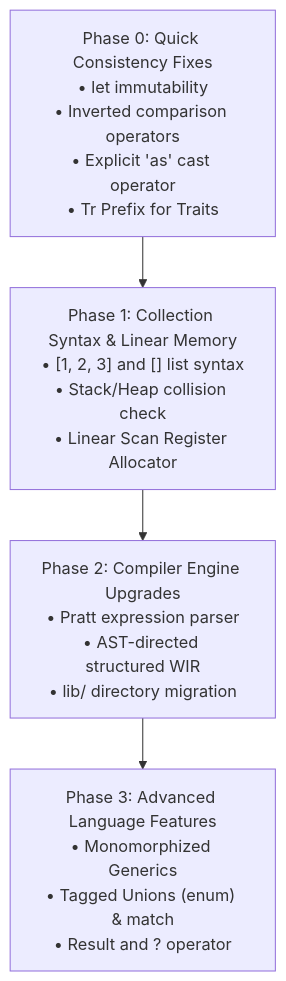
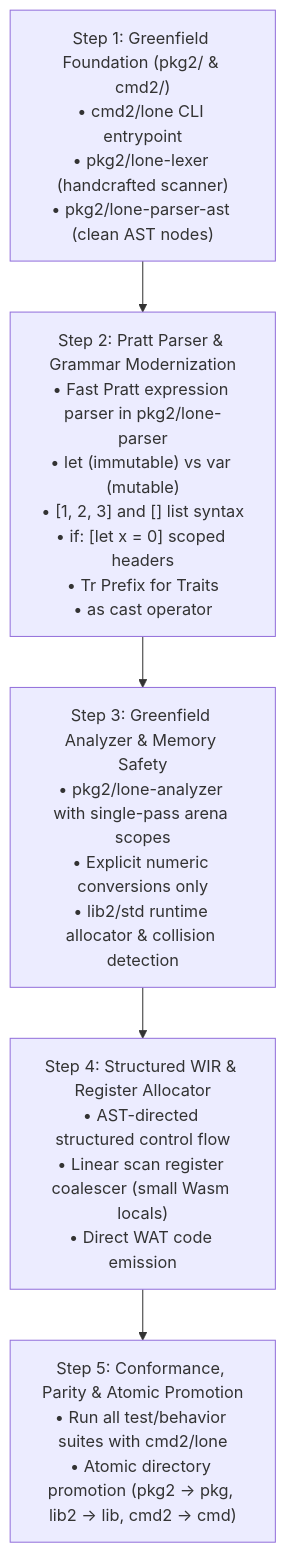
Before and after one commit to nylun-lang/lone: the diagram in drafts/research/rfc_language_refinements_and_compiler_architecture.md, drawn with Mermaid. The commit also changed other lines of this file and 1 other file, not shown here.

Commit message:
[Ai-assisted] docs(rfc): add scoped condition headers and greenfield pkg2/lib2/cmd2 layout

````diff
--- a/drafts/research/rfc_language_refinements_and_compiler_architecture.md
+++ b/drafts/research/rfc_language_refinements_and_compiler_architecture.md
@@ -530,9 +675,10 @@
 ```mermaid
 flowchart TD
-    P0["Phase 0: Quick Consistency Fixes<br/>• let immutability<br/>• Inverted comparison operators<br/>• Explicit 'as' cast operator<br/>• Tr Prefix for Traits"]
-    P1["Phase 1: Collection Syntax & Linear Memory<br/>• [1, 2, 3] and [] list syntax<br/>• Stack/Heap collision check<br/>• Linear Scan Register Allocator"]
-    P2["Phase 2: Compiler Engine Upgrades<br/>• Pratt expression parser<br/>• AST-directed structured WIR<br/>• lib/ directory migration"]
-    P3["Phase 3: Advanced Language Features<br/>• Monomorphized Generics<br/>• Tagged Unions (enum) & match<br/>• Result<T, E> and ? operator"]
+    G0["Step 1: Greenfield Foundation (pkg2/ & cmd2/)<br/>• cmd2/lone CLI entrypoint<br/>• pkg2/lone-lexer (handcrafted scanner)<br/>• pkg2/lone-parser-ast (clean AST nodes)"]
+    G1["Step 2: Pratt Parser & Grammar Modernization<br/>• Fast Pratt expression parser in pkg2/lone-parser<br/>• let (immutable) vs var (mutable)<br/>• [1, 2, 3] and [] list syntax<br/>• if: [let x = 0] scoped headers<br/>• Tr Prefix for Traits<br/>• as cast operator"]
+    G2["Step 3: Greenfield Analyzer & Memory Safety<br/>• pkg2/lone-analyzer with single-pass arena scopes<br/>• Explicit numeric conversions only<br/>• lib2/std runtime allocator & collision detection"]
+    G3["Step 4: Structured WIR & Register Allocator<br/>• AST-directed structured control flow<br/>• Linear scan register coalescer (small Wasm locals)<br/>• Direct WAT code emission"]
+    G4["Step 5: Conformance, Parity & Atomic Promotion<br/>• Run all test/behavior suites with cmd2/lone<br/>• Atomic directory promotion (pkg2 -> pkg, lib2 -> lib, cmd2 -> cmd)"]
 
-    P0 --> P1 --> P2 --> P3
+    G0 --> G1 --> G2 --> G3 --> G4
 ```
````
